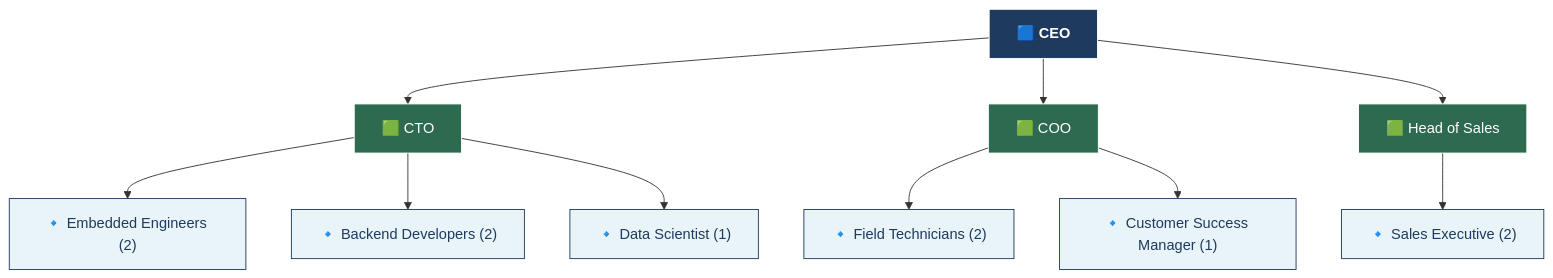
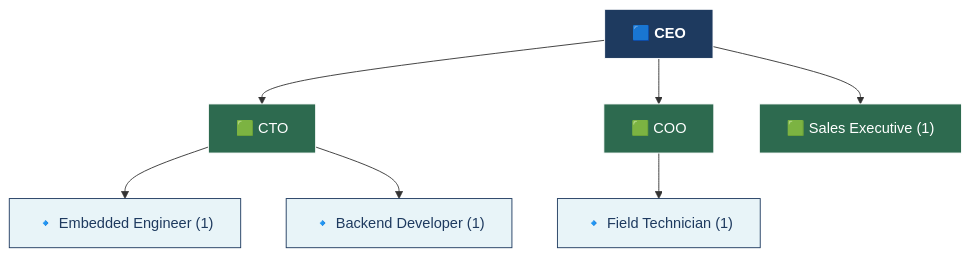
Before and after one commit to nathanbaudelin/SenSight_Bin: the second of 3 diagrams in frontend/public/org-charts.md, drawn with Mermaid. The commit also changed other lines of this file, not shown here.

Commit message:
fix(doc): docs chart

````diff
--- a/frontend/public/org-charts.md
+++ b/frontend/public/org-charts.md
@@ -40,34 +40,25 @@
 ```mermaid
 graph TD
     CEO["🟦 CEO"]
     CTO["🟩 CTO"]
     COO["🟩 COO"]
-    HOS["🟩 Head of Sales"]
-    EE2["🔹 Embedded Engineers (2)"]
-    BD2["🔹 Backend Developers (2)"]
-    DS1["🔹 Data Scientist (1)"]
-    FT2["🔹 Field Technicians (2)"]
-    CSM1["🔹 Customer Success Manager (1)"]
-    SE1["🔹 Sales Executive (2)"]
+    HOS["🟩 Sales Executive (1)"]
+    EE2["🔹 Embedded Engineer (1)"]
+    BD2["🔹 Backend Developer (1)"]
+    FT2["🔹 Field Technician (1)"]
 
     CEO --> CTO
     CEO --> COO
     CEO --> HOS
     CTO --> EE2
     CTO --> BD2
-    CTO --> DS1
     COO --> FT2
-    COO --> CSM1
-    HOS --> SE1
 
     style CEO fill:#1e3a5f,stroke:#fff,color:#fff,font-weight:bold
     style CTO fill:#2d6a4f,stroke:#fff,color:#fff
     style COO fill:#2d6a4f,stroke:#fff,color:#fff
     style HOS fill:#2d6a4f,stroke:#fff,color:#fff
     style EE2 fill:#e8f4f8,stroke:#1e3a5f,color:#1e3a5f
     style BD2 fill:#e8f4f8,stroke:#1e3a5f,color:#1e3a5f
-    style DS1 fill:#e8f4f8,stroke:#1e3a5f,color:#1e3a5f
     style FT2 fill:#e8f4f8,stroke:#1e3a5f,color:#1e3a5f
-    style CSM1 fill:#e8f4f8,stroke:#1e3a5f,color:#1e3a5f
-    style SE1 fill:#e8f4f8,stroke:#1e3a5f,color:#1e3a5f
 ```
````
